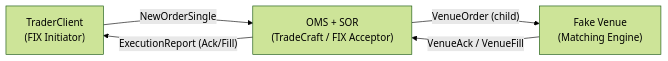
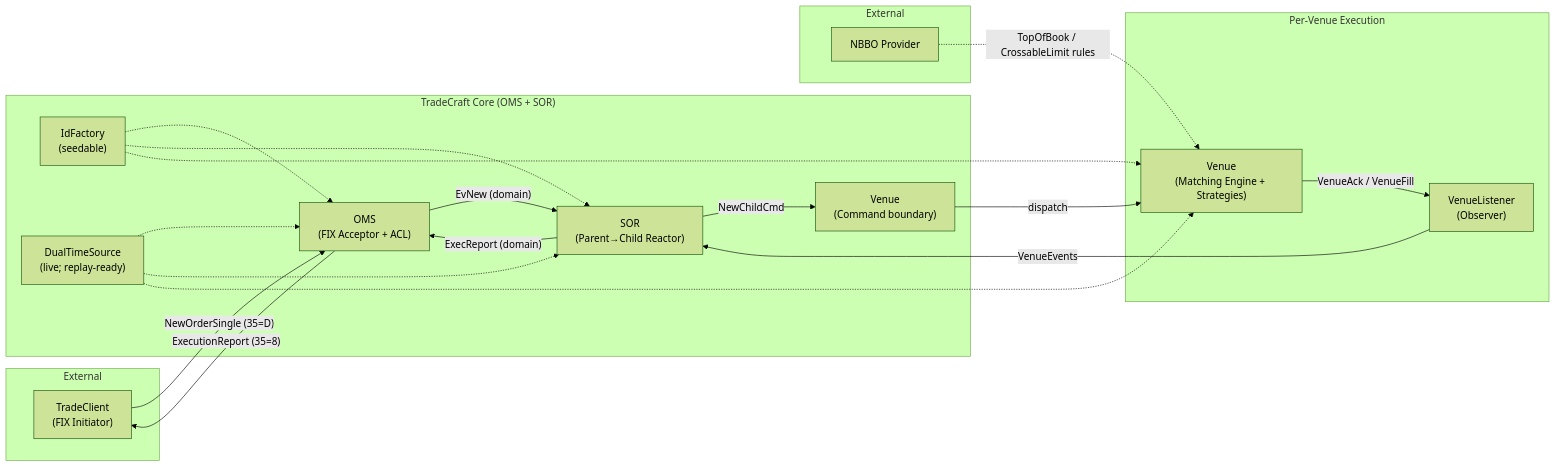
The first of 2 diagrams in README.md (stanwww-ny/tradecraft-demo), drawn with Mermaid (forest theme) before and after one commit. The commit also changed other lines of this file and 17 other files, not shown here.

Commit message:
Publish docs from TradeCraft @ 2025-11-02

````diff
--- a/README.md
+++ b/README.md
@@ -33,11 +55,47 @@
 ```mermaid
 flowchart LR
-    Trader["TraderClient\n(FIX Initiator)"]
-    OMS["OMS + SOR\n(TradeCraft / FIX Acceptor)"]
-    Venue["Fake Venue\n(Matching Engine)"]
+  subgraph TradeClient["External"]
+    T["TradeClient
+(FIX Initiator)"]
+  end
 
-    Trader -- NewOrderSingle --> OMS
-    OMS -- ExecutionReport (Ack/Fill) --> Trader
-    OMS -- VenueOrder (child) --> Venue
-    Venue -- VenueAck / VenueFill --> OMS
+  subgraph OmsSor["TradeCraft Core (OMS + SOR)"]
+    O["OMS
+(FIX Acceptor + ACL)"]
+    S["SOR
+(Parent→Child Reactor)"]
+    R["Venue
+(Command boundary)"]
+    I["IdFactory
+(seedable)"]
+    D["DualTimeSource
+(live; replay-ready)"]
+  end
+
+  subgraph Venue["Per-Venue Execution"]
+    V["Venue
+(Matching Engine + Strategies)"]
+    L["VenueListener
+(Observer)"]
+  end
+
+  subgraph MarketData["External"]
+    N["NBBO Provider"]
+  end
+
+  T -- "NewOrderSingle (35=D)" --> O
+  O -- "EvNew (domain)" --> S
+  S -- "NewChildCmd" --> R
+  R -- "dispatch" --> V
+  V -- "VenueAck / VenueFill" --> L
+  L -- "VenueEvents" --> S
+  S -- "ExecReport (domain)" --> O
+  O -- "ExecutionReport (35=8)" --> T
+  N -. "TopOfBook / CrossableLimit rules" .-> V
+  I -.-> O
+  I -.-> S
+  I -.-> V
+  D -.-> O
+  D -.-> S
+  D -.-> V
 ```
````
